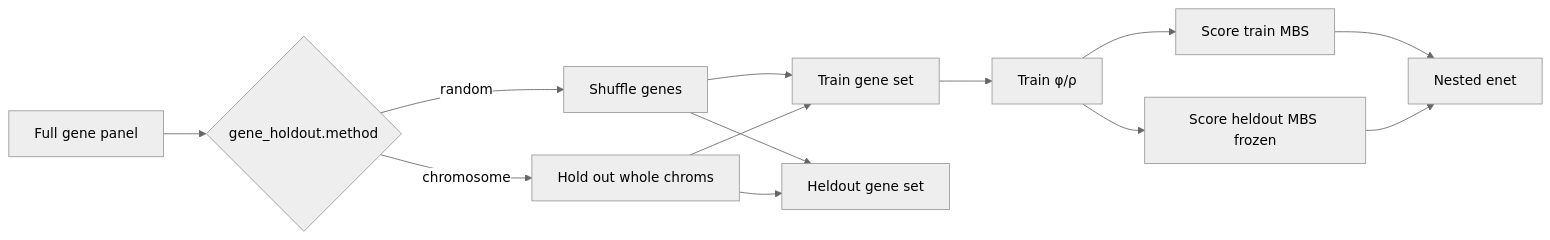
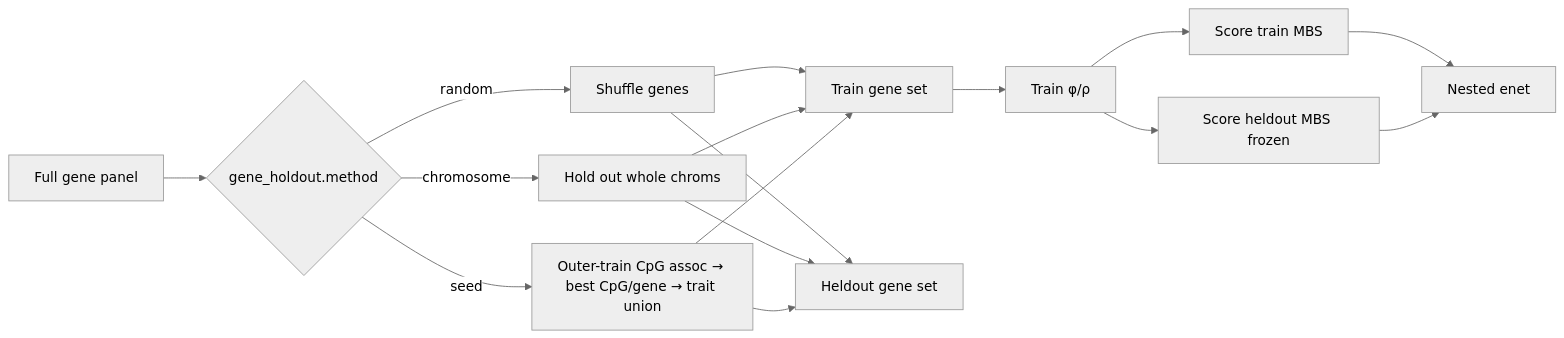
Before and after one commit to mityasmirnov/methyl-burden-score: the diagram in docs/plans/milestone-12b-gene-holdout.md, drawn with Mermaid (neutral theme). The commit also changed other lines of this file and 10 other files, not shown here.

First line of the commit message:
feat(12b): DeepRVAT-aligned seed gene-holdout (CpG-first, no masks)

````diff
--- a/docs/plans/milestone-12b-gene-holdout.md
+++ b/docs/plans/milestone-12b-gene-holdout.md
@@ -62,15 +77,18 @@
 ```mermaid
 flowchart LR
   A[Full gene panel] --> B{gene_holdout.method}
   B -->|random| C[Shuffle genes]
   B -->|chromosome| D[Hold out whole chroms]
+  B -->|seed| S[Outer-train CpG assoc → best CpG/gene → trait union]
   C --> E[Train gene set]
   D --> E
+  S --> E
   C --> F[Heldout gene set]
   D --> F
+  S --> F
   E --> G[Train φ/ρ]
   G --> H[Score train MBS]
   G --> I[Score heldout MBS frozen]
   H --> J[Nested enet]
   I --> J
 ```
````
